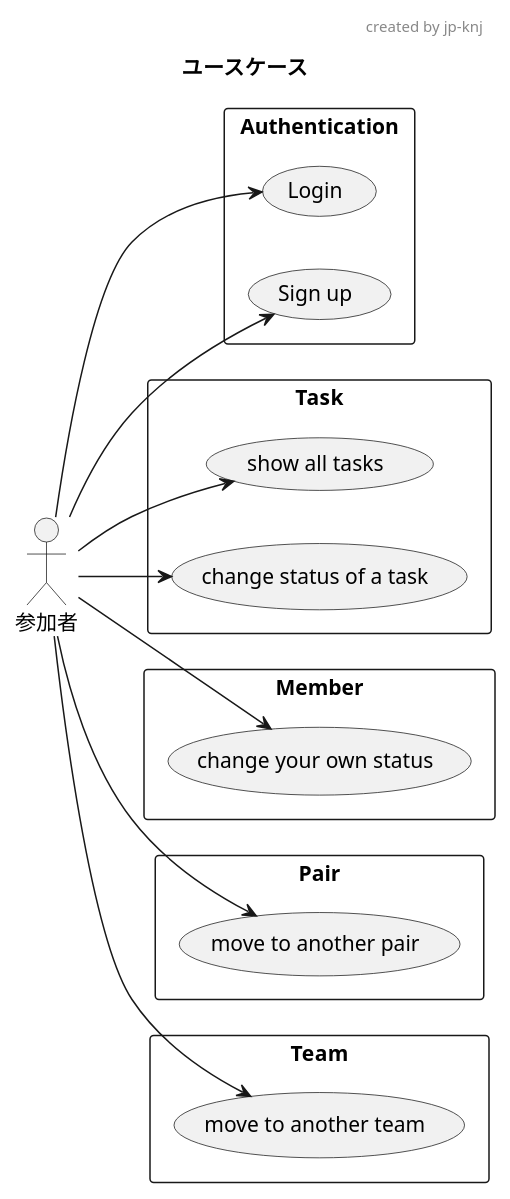
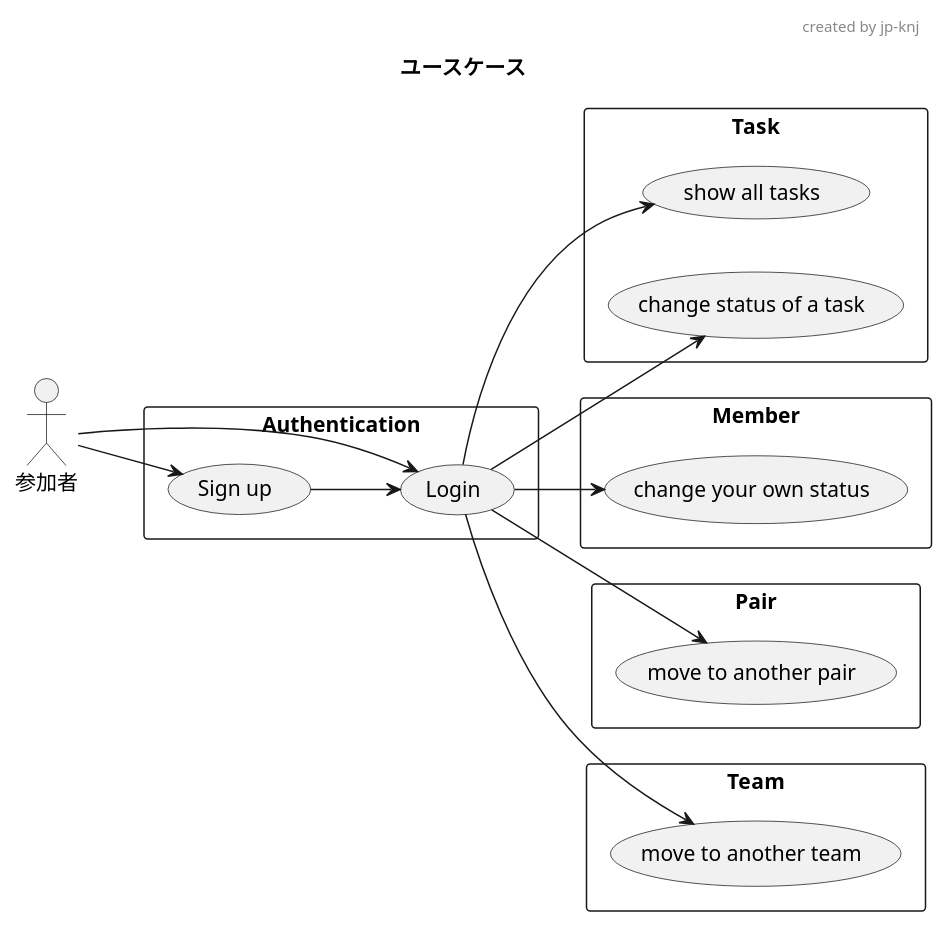
One commit to jp-knj/learn_ddd changed the diagram in docs/usecase.puml. Above: the diagram before and after it, drawn with PlantUML.

Commit message:
:construction: update usecase to hammer out the details

```diff
--- a/docs/usecase.puml
+++ b/docs/usecase.puml
@@ -1,42 +1,43 @@
 @startuml
 'https://plantuml.com/ja/use-case-diagram
 
 title ユースケース
 header created by jp-knj
 
 left to right direction
 actor "参加者" as Actor
 rectangle Authentication {
   usecase "Login" as AuthenticationUC1
   usecase "Sign up" as AuthenticationUC2
 
   Actor --> AuthenticationUC1
   Actor --> AuthenticationUC2
+  AuthenticationUC2 --> AuthenticationUC1
 }
 
 rectangle Task {
   usecase "show all tasks" as TaskUC1
   usecase "change status of a task" as TaskUC2
 
-  Actor --> TaskUC1
-  Actor --> TaskUC2
+  AuthenticationUC1 --> TaskUC1
+  AuthenticationUC1 --> TaskUC2
 }
 
 rectangle Member  {
   usecase "change your own status" as MemberUC1
 
-  Actor --> MemberUC1
+  AuthenticationUC1 --> MemberUC1
 }
 
 rectangle Pair {
   usecase "move to another pair" as PairUC1
 
-  Actor --> PairUC1
+  AuthenticationUC1 --> PairUC1
 }
 
 rectangle Team {
   usecase "move to another team" as TeamUC1
 
-  Actor --> TeamUC1
+  AuthenticationUC1 --> TeamUC1
 }
 @enduml
```
